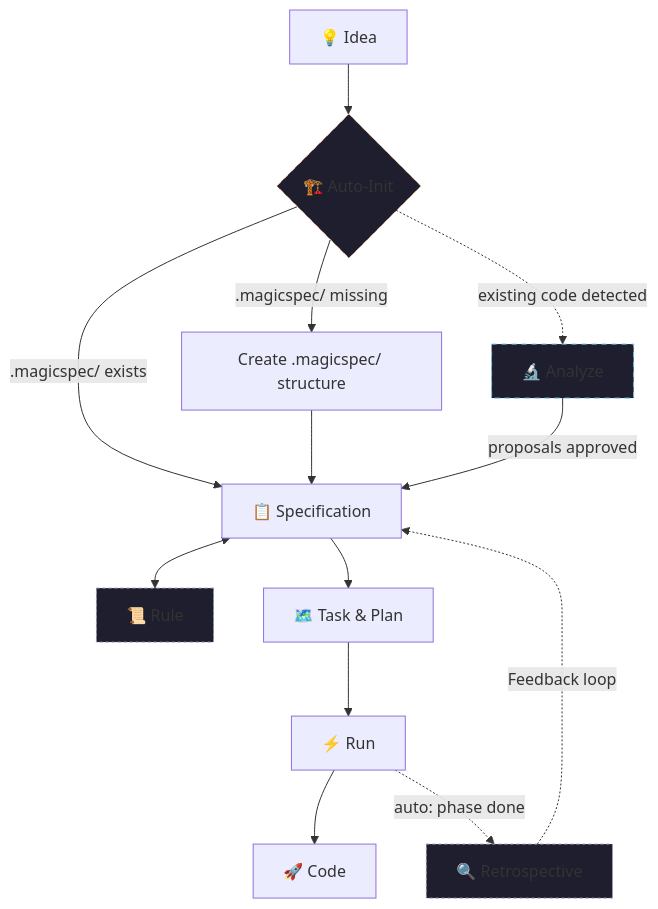
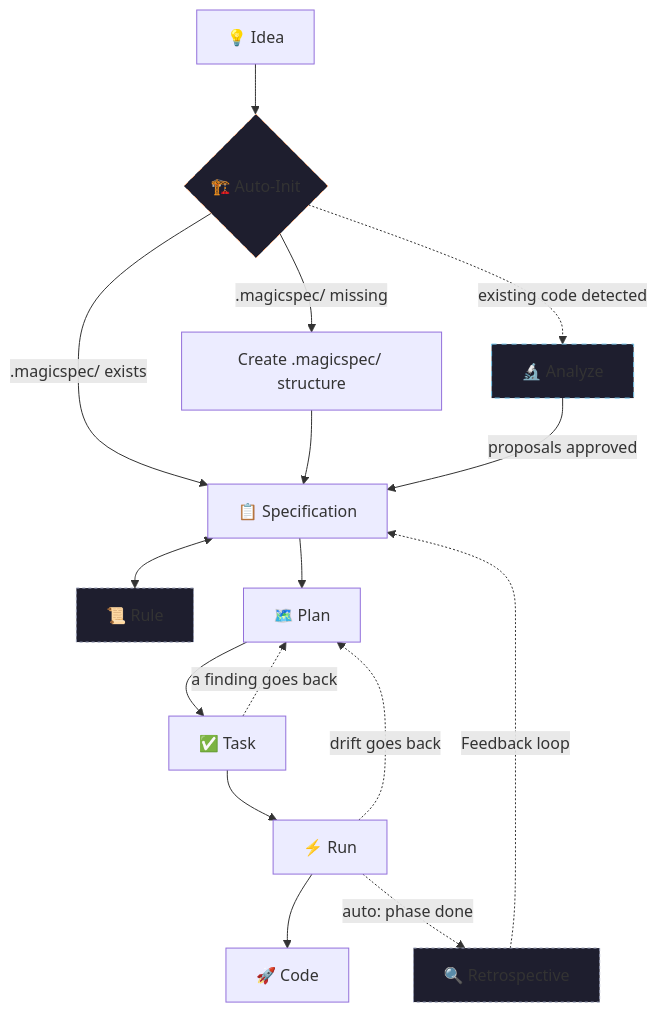
One commit to teratron/magic-spec changed the diagram in docs/README.md. Above: the diagram before and after it, drawn with Mermaid. The commit also changed other lines of this file and 73 other files, not shown here.

````diff
--- a/docs/README.md
+++ b/docs/README.md
@@ -19,19 +19,22 @@
 ```mermaid
 graph TD
     IDEA["💡 Idea"] --> INIT{"🏗️ Auto-Init"}
     INIT -->|.magicspec/ exists| SPEC
     INIT -->|.magicspec/ missing| CREATE["Create .magicspec/ structure"] --> SPEC
     INIT -.->|"existing code detected"| ANALYZE["🔬 Analyze"]
     ANALYZE -->|"proposals approved"| SPEC
     SPEC["📋 Specification"] <--> RULE["📜 Rule"]
-    SPEC --> TASK["🗺️ Task & Plan"]
+    SPEC --> PLAN["🗺️ Plan"]
+    PLAN --> TASK["✅ Task"]
     TASK --> RUN["⚡ Run"]
+    TASK -.->|"a finding goes back"| PLAN
+    RUN -.->|"drift goes back"| PLAN
     RUN --> CODE["🚀 Code"]
     RUN -.->|"auto: phase done"| RETRO["🔍 Retrospective"]
     RETRO -.->|Feedback loop| SPEC
 
     style INIT fill:#1e1e2e,stroke:#fab387,stroke-dasharray: 5 5
     style ANALYZE fill:#1e1e2e,stroke:#74c7ec,stroke-dasharray: 5 5
     style RULE fill:#1e1e2e,stroke:#9399b2,stroke-dasharray: 3 3
     style RETRO fill:#1e1e2e,stroke:#9399b2,stroke-dasharray: 3 3
 ```
````
